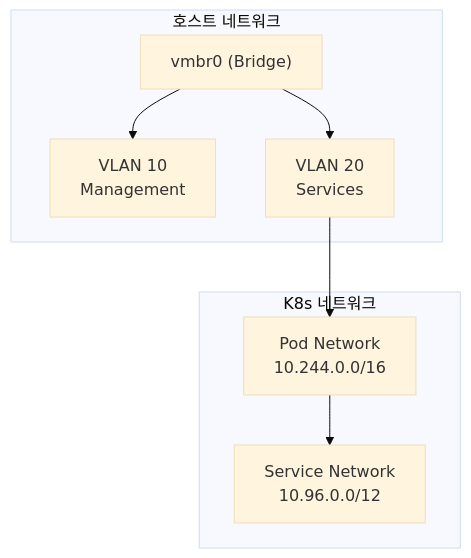
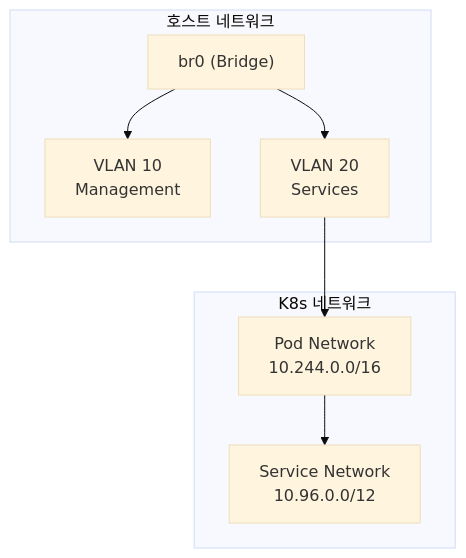
The third of 4 diagrams in docs/hybrid-k8s-cluster-plan.md (vanillacake369/tonys-homelab), drawn with Mermaid (base theme) before and after one commit. The commit also changed other lines of this file and 18 other files, not shown here.

First line of the commit message:
refactor: domain-driven architecture and kubeadm-based K8s cluster

````diff
--- a/docs/hybrid-k8s-cluster-plan.md
+++ b/docs/hybrid-k8s-cluster-plan.md
@@ -293,18 +372,18 @@
 ```mermaid
 flowchart TB
     subgraph Host["호스트 네트워크"]
-        BR["vmbr0 (Bridge)"]
+        BR["br0 (Bridge)"]
         VLAN10["VLAN 10<br/>Management"]
         VLAN20["VLAN 20<br/>Services"]
     end
 
     subgraph K8s["K8s 네트워크"]
         POD["Pod Network<br/>10.244.0.0/16"]
         SVC["Service Network<br/>10.96.0.0/12"]
     end
 
     BR --> VLAN10
     BR --> VLAN20
     VLAN20 --> POD
     POD --> SVC
 ```
````
